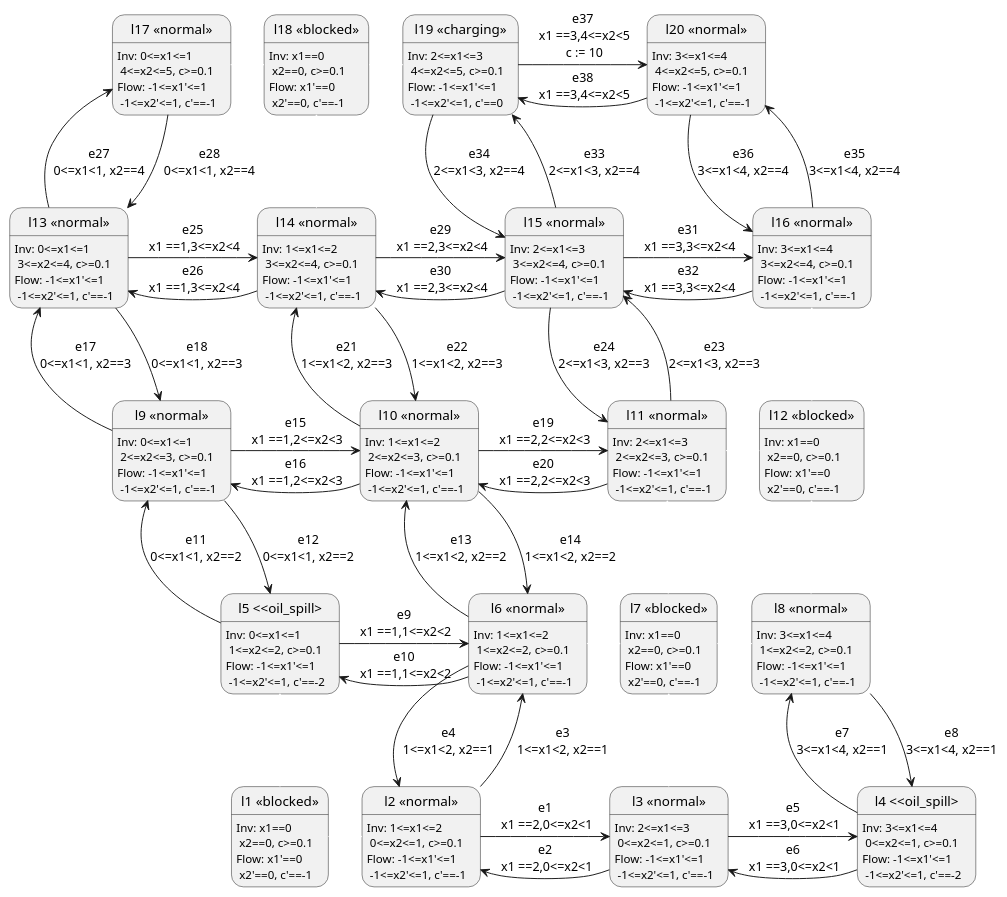
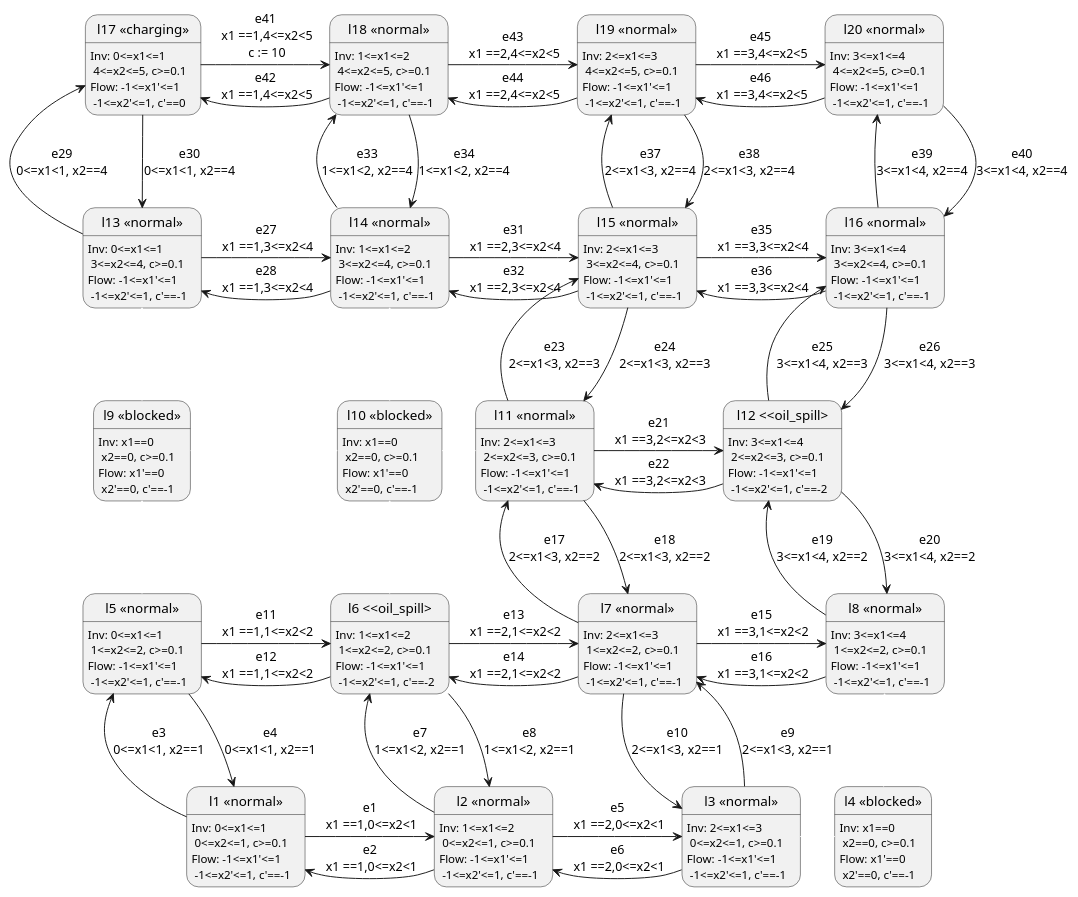
Before and after one commit to skasifiqbalIACS/XML_GENERATION: the diagram in build/generated_models/model_3.puml, drawn with PlantUML. The commit also changed 55 other files, not shown here.

Commit message:
the flow condition <=

```diff
--- a/build/generated_models/model_3.puml
+++ b/build/generated_models/model_3.puml
@@ -1,80 +1,84 @@
 @startuml model_3.puml
 skinparam state {
   BackgroundColor<<normal>> White
   BackgroundColor<<barrier>> Red
   BackgroundColor<<oil_spill>> Yellow
   BackgroundColor<<charging>> Green
 }
 
-state "l1 <<blocked>>" as loc1:Inv: x1==0 \n x2==0, c>=0.1\nFlow: x1'==0 \n x2'==0, c'==-1
+state "l1 <<normal>>" as loc1:Inv: 0<=x1<=1\n 0<=x2<=1, c>=0.1\nFlow: -1<=x1'<=1 \n -1<=x2'<=1, c'==-1
 state "l2 <<normal>>" as loc2:Inv: 1<=x1<=2\n 0<=x2<=1, c>=0.1\nFlow: -1<=x1'<=1 \n -1<=x2'<=1, c'==-1
 state "l3 <<normal>>" as loc3:Inv: 2<=x1<=3\n 0<=x2<=1, c>=0.1\nFlow: -1<=x1'<=1 \n -1<=x2'<=1, c'==-1
-state "l4 <<oil_spill>" as loc4:Inv: 3<=x1<=4\n 0<=x2<=1, c>=0.1\nFlow: -1<=x1'<=1 \n -1<=x2'<=1, c'==-2
-state "l5 <<oil_spill>" as loc5:Inv: 0<=x1<=1\n 1<=x2<=2, c>=0.1\nFlow: -1<=x1'<=1 \n -1<=x2'<=1, c'==-2
-state "l6 <<normal>>" as loc6:Inv: 1<=x1<=2\n 1<=x2<=2, c>=0.1\nFlow: -1<=x1'<=1 \n -1<=x2'<=1, c'==-1
-state "l7 <<blocked>>" as loc7:Inv: x1==0 \n x2==0, c>=0.1\nFlow: x1'==0 \n x2'==0, c'==-1
+state "l4 <<blocked>>" as loc4:Inv: x1==0 \n x2==0, c>=0.1\nFlow: x1'==0 \n x2'==0, c'==-1
+state "l5 <<normal>>" as loc5:Inv: 0<=x1<=1\n 1<=x2<=2, c>=0.1\nFlow: -1<=x1'<=1 \n -1<=x2'<=1, c'==-1
+state "l6 <<oil_spill>" as loc6:Inv: 1<=x1<=2\n 1<=x2<=2, c>=0.1\nFlow: -1<=x1'<=1 \n -1<=x2'<=1, c'==-2
+state "l7 <<normal>>" as loc7:Inv: 2<=x1<=3\n 1<=x2<=2, c>=0.1\nFlow: -1<=x1'<=1 \n -1<=x2'<=1, c'==-1
 state "l8 <<normal>>" as loc8:Inv: 3<=x1<=4\n 1<=x2<=2, c>=0.1\nFlow: -1<=x1'<=1 \n -1<=x2'<=1, c'==-1
-state "l9 <<normal>>" as loc9:Inv: 0<=x1<=1\n 2<=x2<=3, c>=0.1\nFlow: -1<=x1'<=1 \n -1<=x2'<=1, c'==-1
-state "l10 <<normal>>" as loc10:Inv: 1<=x1<=2\n 2<=x2<=3, c>=0.1\nFlow: -1<=x1'<=1 \n -1<=x2'<=1, c'==-1
+state "l9 <<blocked>>" as loc9:Inv: x1==0 \n x2==0, c>=0.1\nFlow: x1'==0 \n x2'==0, c'==-1
+state "l10 <<blocked>>" as loc10:Inv: x1==0 \n x2==0, c>=0.1\nFlow: x1'==0 \n x2'==0, c'==-1
 state "l11 <<normal>>" as loc11:Inv: 2<=x1<=3\n 2<=x2<=3, c>=0.1\nFlow: -1<=x1'<=1 \n -1<=x2'<=1, c'==-1
-state "l12 <<blocked>>" as loc12:Inv: x1==0 \n x2==0, c>=0.1\nFlow: x1'==0 \n x2'==0, c'==-1
+state "l12 <<oil_spill>" as loc12:Inv: 3<=x1<=4\n 2<=x2<=3, c>=0.1\nFlow: -1<=x1'<=1 \n -1<=x2'<=1, c'==-2
 state "l13 <<normal>>" as loc13:Inv: 0<=x1<=1\n 3<=x2<=4, c>=0.1\nFlow: -1<=x1'<=1 \n -1<=x2'<=1, c'==-1
 state "l14 <<normal>>" as loc14:Inv: 1<=x1<=2\n 3<=x2<=4, c>=0.1\nFlow: -1<=x1'<=1 \n -1<=x2'<=1, c'==-1
 state "l15 <<normal>>" as loc15:Inv: 2<=x1<=3\n 3<=x2<=4, c>=0.1\nFlow: -1<=x1'<=1 \n -1<=x2'<=1, c'==-1
 state "l16 <<normal>>" as loc16:Inv: 3<=x1<=4\n 3<=x2<=4, c>=0.1\nFlow: -1<=x1'<=1 \n -1<=x2'<=1, c'==-1
-state "l17 <<normal>>" as loc17:Inv: 0<=x1<=1\n 4<=x2<=5, c>=0.1\nFlow: -1<=x1'<=1 \n -1<=x2'<=1, c'==-1
-state "l18 <<blocked>>" as loc18:Inv: x1==0 \n x2==0, c>=0.1\nFlow: x1'==0 \n x2'==0, c'==-1
-state "l19 <<charging>>" as loc19:Inv: 2<=x1<=3\n 4<=x2<=5, c>=0.1\nFlow: -1<=x1'<=1 \n -1<=x2'<=1, c'==0
+state "l17 <<charging>>" as loc17:Inv: 0<=x1<=1\n 4<=x2<=5, c>=0.1\nFlow: -1<=x1'<=1 \n -1<=x2'<=1, c'==0
+state "l18 <<normal>>" as loc18:Inv: 1<=x1<=2\n 4<=x2<=5, c>=0.1\nFlow: -1<=x1'<=1 \n -1<=x2'<=1, c'==-1
+state "l19 <<normal>>" as loc19:Inv: 2<=x1<=3\n 4<=x2<=5, c>=0.1\nFlow: -1<=x1'<=1 \n -1<=x2'<=1, c'==-1
 state "l20 <<normal>>" as loc20:Inv: 3<=x1<=4\n 4<=x2<=5, c>=0.1\nFlow: -1<=x1'<=1 \n -1<=x2'<=1, c'==-1
 
-loc1-right[#white]->loc2
-loc1-up[#white]->loc5
-loc2 -right-> loc3: e1\n x1 ==2,0<=x2<1
-loc3 -left-> loc2: e2\n x1 ==2,0<=x2<1
-loc2 -up-> loc6: e3\n1<=x1<2, x2==1
-loc6 -down-> loc2: e4\n1<=x1<2, x2==1
-loc3 -right-> loc4: e5\n x1 ==3,0<=x2<1
-loc4 -left-> loc3: e6\n x1 ==3,0<=x2<1
-loc3-up[#white]->loc7
-loc4 -up-> loc8: e7\n3<=x1<4, x2==1
-loc8 -down-> loc4: e8\n3<=x1<4, x2==1
-loc5 -right-> loc6: e9\n x1 ==1,1<=x2<2
-loc6 -left-> loc5: e10\n x1 ==1,1<=x2<2
-loc5 -up-> loc9: e11\n0<=x1<1, x2==2
-loc9 -down-> loc5: e12\n0<=x1<1, x2==2
-loc6-right[#white]->loc7
-loc6 -up-> loc10: e13\n1<=x1<2, x2==2
-loc10 -down-> loc6: e14\n1<=x1<2, x2==2
-loc7-right[#white]->loc8
-loc7-up[#white]->loc11
-loc8-up[#white]->loc12
-loc9 -right-> loc10: e15\n x1 ==1,2<=x2<3
-loc10 -left-> loc9: e16\n x1 ==1,2<=x2<3
-loc9 -up-> loc13: e17\n0<=x1<1, x2==3
-loc13 -down-> loc9: e18\n0<=x1<1, x2==3
-loc10 -right-> loc11: e19\n x1 ==2,2<=x2<3
-loc11 -left-> loc10: e20\n x1 ==2,2<=x2<3
-loc10 -up-> loc14: e21\n1<=x1<2, x2==3
-loc14 -down-> loc10: e22\n1<=x1<2, x2==3
-loc11-right[#white]->loc12
+loc1 -right-> loc2: e1\n x1 ==1,0<=x2<1
+loc2 -left-> loc1: e2\n x1 ==1,0<=x2<1
+loc1 -up-> loc5: e3\n0<=x1<1, x2==1
+loc5 -down-> loc1: e4\n0<=x1<1, x2==1
+loc2 -right-> loc3: e5\n x1 ==2,0<=x2<1
+loc3 -left-> loc2: e6\n x1 ==2,0<=x2<1
+loc2 -up-> loc6: e7\n1<=x1<2, x2==1
+loc6 -down-> loc2: e8\n1<=x1<2, x2==1
+loc3-right[#white]->loc4
+loc3 -up-> loc7: e9\n2<=x1<3, x2==1
+loc7 -down-> loc3: e10\n2<=x1<3, x2==1
+loc4-up[#white]->loc8
+loc5 -right-> loc6: e11\n x1 ==1,1<=x2<2
+loc6 -left-> loc5: e12\n x1 ==1,1<=x2<2
+loc5-up[#white]->loc9
+loc6 -right-> loc7: e13\n x1 ==2,1<=x2<2
+loc7 -left-> loc6: e14\n x1 ==2,1<=x2<2
+loc6-up[#white]->loc10
+loc7 -right-> loc8: e15\n x1 ==3,1<=x2<2
+loc8 -left-> loc7: e16\n x1 ==3,1<=x2<2
+loc7 -up-> loc11: e17\n2<=x1<3, x2==2
+loc11 -down-> loc7: e18\n2<=x1<3, x2==2
+loc8 -up-> loc12: e19\n3<=x1<4, x2==2
+loc12 -down-> loc8: e20\n3<=x1<4, x2==2
+loc9-right[#white]->loc10
+loc9-up[#white]->loc13
+loc10-right[#white]->loc11
+loc10-up[#white]->loc14
+loc11 -right-> loc12: e21\n x1 ==3,2<=x2<3
+loc12 -left-> loc11: e22\n x1 ==3,2<=x2<3
 loc11 -up-> loc15: e23\n2<=x1<3, x2==3
 loc15 -down-> loc11: e24\n2<=x1<3, x2==3
-loc12-up[#white]->loc16
-loc13 -right-> loc14: e25\n x1 ==1,3<=x2<4
-loc14 -left-> loc13: e26\n x1 ==1,3<=x2<4
-loc13 -up-> loc17: e27\n0<=x1<1, x2==4
-loc17 -down-> loc13: e28\n0<=x1<1, x2==4
-loc14 -right-> loc15: e29\n x1 ==2,3<=x2<4
-loc15 -left-> loc14: e30\n x1 ==2,3<=x2<4
-loc14-up[#white]->loc18
-loc15 -right-> loc16: e31\n x1 ==3,3<=x2<4
-loc16 -left-> loc15: e32\n x1 ==3,3<=x2<4
-loc15 -up-> loc19: e33\n2<=x1<3, x2==4
-loc19 -down-> loc15: e34\n2<=x1<3, x2==4
-loc16 -up-> loc20: e35\n3<=x1<4, x2==4
-loc20 -down-> loc16: e36\n3<=x1<4, x2==4
-loc17-right[#white]->loc18
-loc18-right[#white]->loc19
-loc19 -right-> loc20: e37\n x1 ==3,4<=x2<5\n c := 10
-loc20 -left-> loc19: e38\n x1 ==3,4<=x2<5
+loc12 -up-> loc16: e25\n3<=x1<4, x2==3
+loc16 -down-> loc12: e26\n3<=x1<4, x2==3
+loc13 -right-> loc14: e27\n x1 ==1,3<=x2<4
+loc14 -left-> loc13: e28\n x1 ==1,3<=x2<4
+loc13 -up-> loc17: e29\n0<=x1<1, x2==4
+loc17 -down-> loc13: e30\n0<=x1<1, x2==4
+loc14 -right-> loc15: e31\n x1 ==2,3<=x2<4
+loc15 -left-> loc14: e32\n x1 ==2,3<=x2<4
+loc14 -up-> loc18: e33\n1<=x1<2, x2==4
+loc18 -down-> loc14: e34\n1<=x1<2, x2==4
+loc15 -right-> loc16: e35\n x1 ==3,3<=x2<4
+loc16 -left-> loc15: e36\n x1 ==3,3<=x2<4
+loc15 -up-> loc19: e37\n2<=x1<3, x2==4
+loc19 -down-> loc15: e38\n2<=x1<3, x2==4
+loc16 -up-> loc20: e39\n3<=x1<4, x2==4
+loc20 -down-> loc16: e40\n3<=x1<4, x2==4
+loc17 -right-> loc18: e41\n x1 ==1,4<=x2<5\n c := 10
+loc18 -left-> loc17: e42\n x1 ==1,4<=x2<5
+loc18 -right-> loc19: e43\n x1 ==2,4<=x2<5
+loc19 -left-> loc18: e44\n x1 ==2,4<=x2<5
+loc19 -right-> loc20: e45\n x1 ==3,4<=x2<5
+loc20 -left-> loc19: e46\n x1 ==3,4<=x2<5
 @enduml
```
